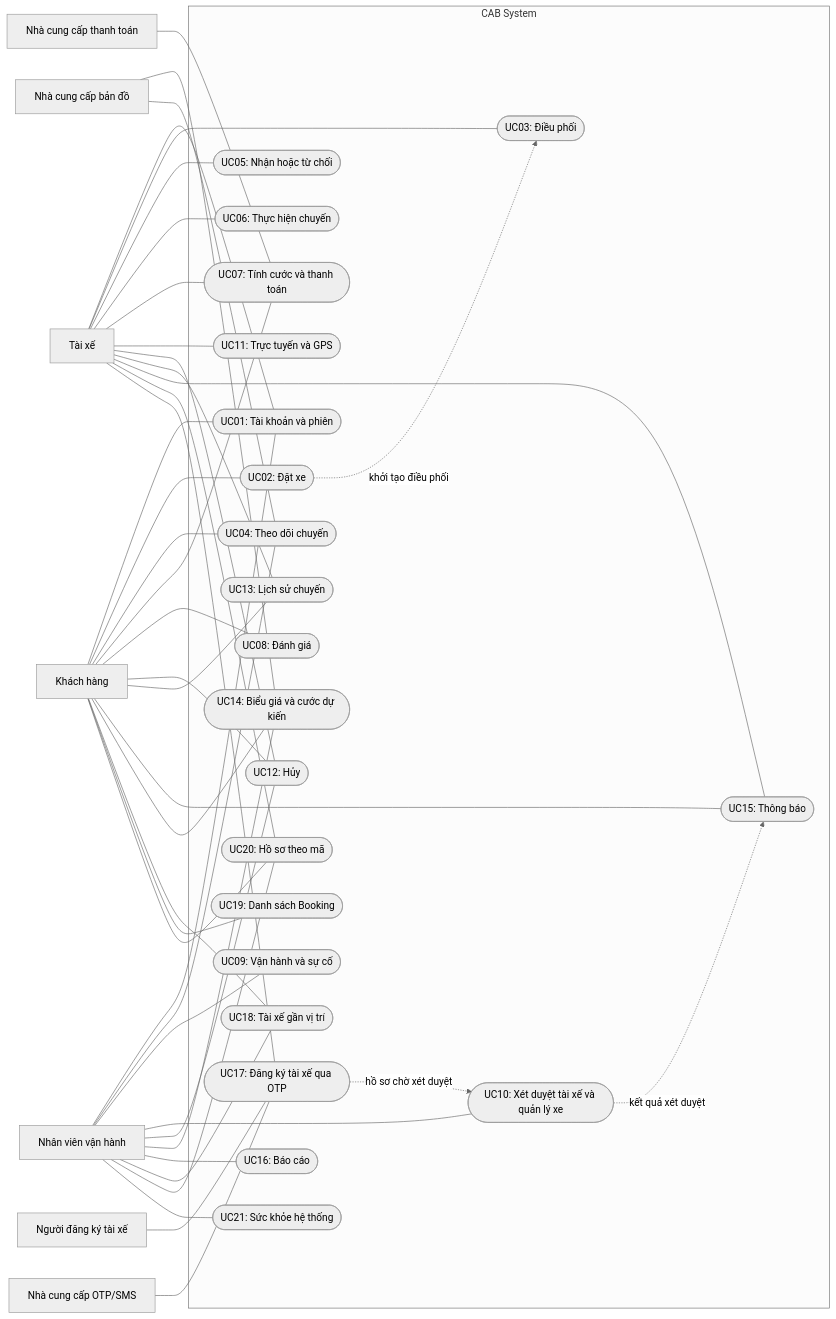
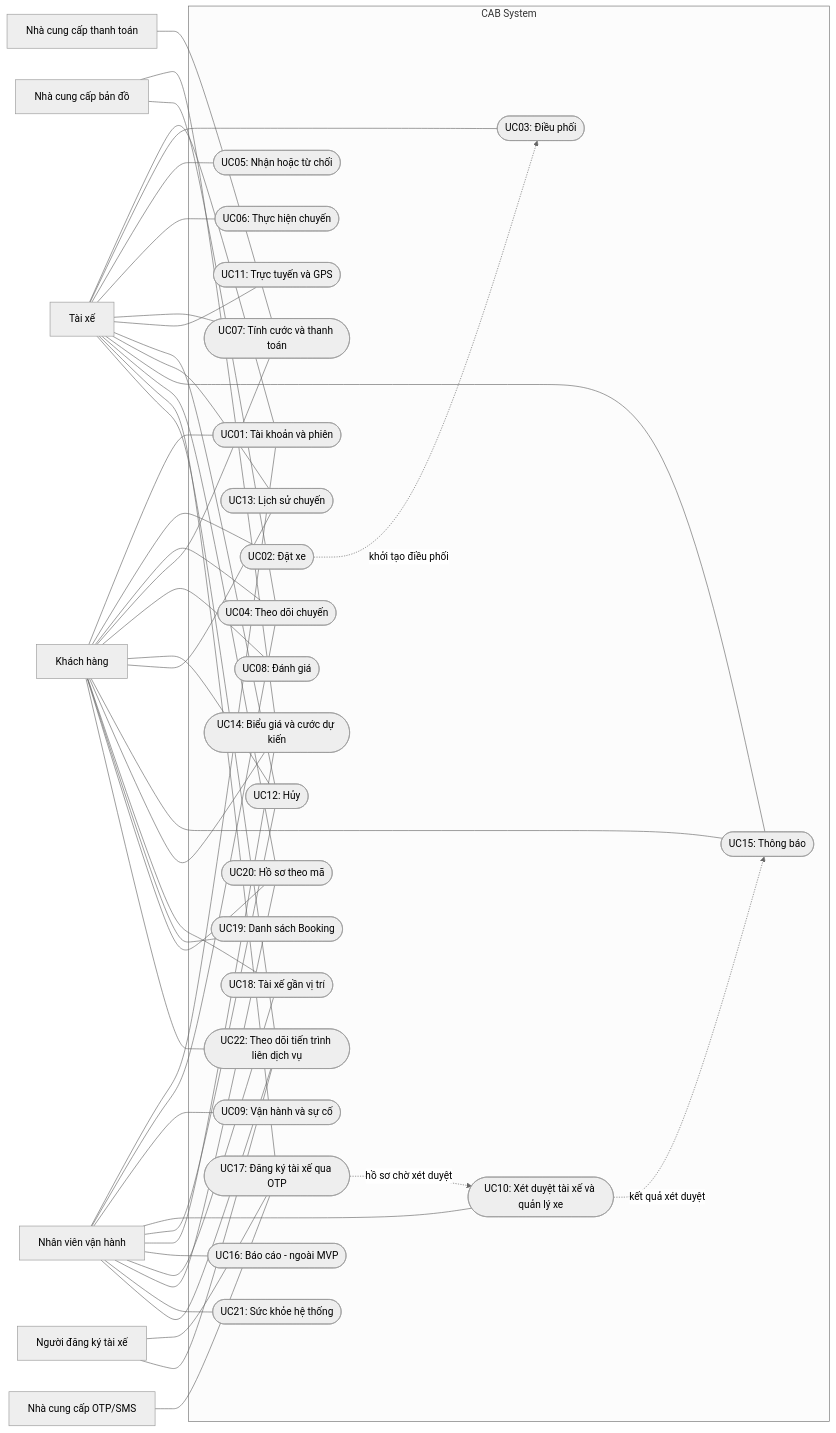
The diagram in srs.md (NguyenDaiLong19HTTT/23722251_NguyenDaiLong_CabSystems), drawn with Mermaid (neutral theme) before and after one commit. The commit also changed other lines of this file, not shown here.

```diff
--- a/srs.md
+++ b/srs.md
@@ -896,12 +1017,13 @@
         HIST(["UC13: Lịch sử chuyến"])
         PRICE(["UC14: Biểu giá và cước dự kiến"])
         N(["UC15: Thông báo"])
-        REPORT(["UC16: Báo cáo"])
+        REPORT(["UC16: Báo cáo - ngoài MVP"])
         REG(["UC17: Đăng ký tài xế qua OTP"])
         NEAR(["UC18: Tài xế gần vị trí"])
         BOOKHIST(["UC19: Danh sách Booking"])
         PROFILE(["UC20: Hồ sơ theo mã"])
         HEALTH(["UC21: Sức khỏe hệ thống"])
+        PROGRESS(["UC22: Theo dõi tiến trình liên dịch vụ"])
     end
 
     C --- A
@@ -942,6 +1064,10 @@
     O --- NEAR
     O --- PROFILE
     O --- HEALTH
+    C --- PROGRESS
+    D --- PROGRESS
+    G --- PROGRESS
+    O --- PROGRESS
 
     P --- PAY
     M --- PRICE
```
